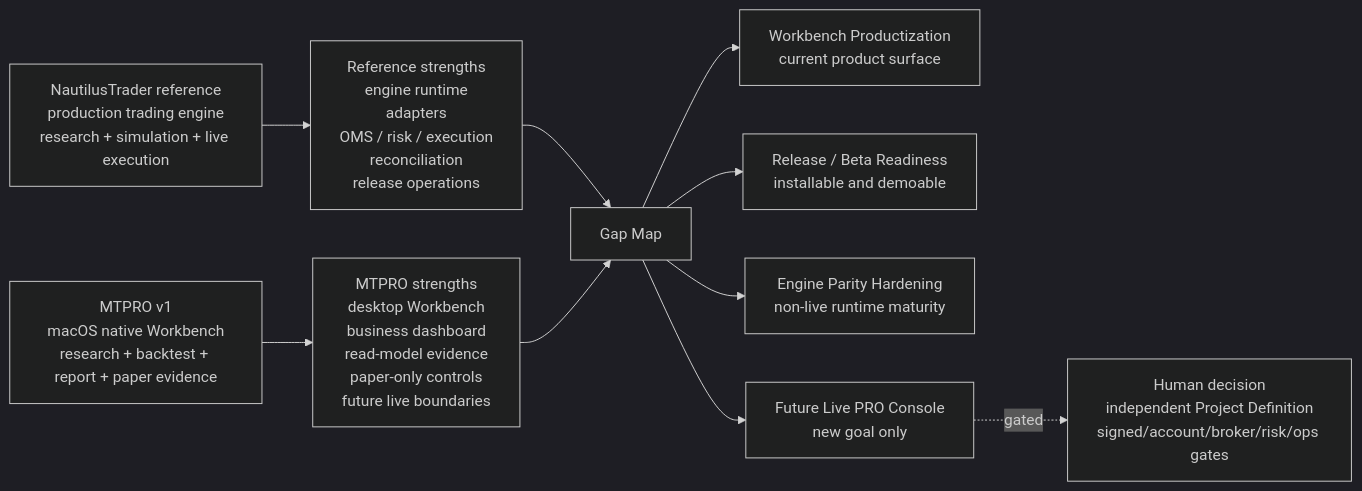
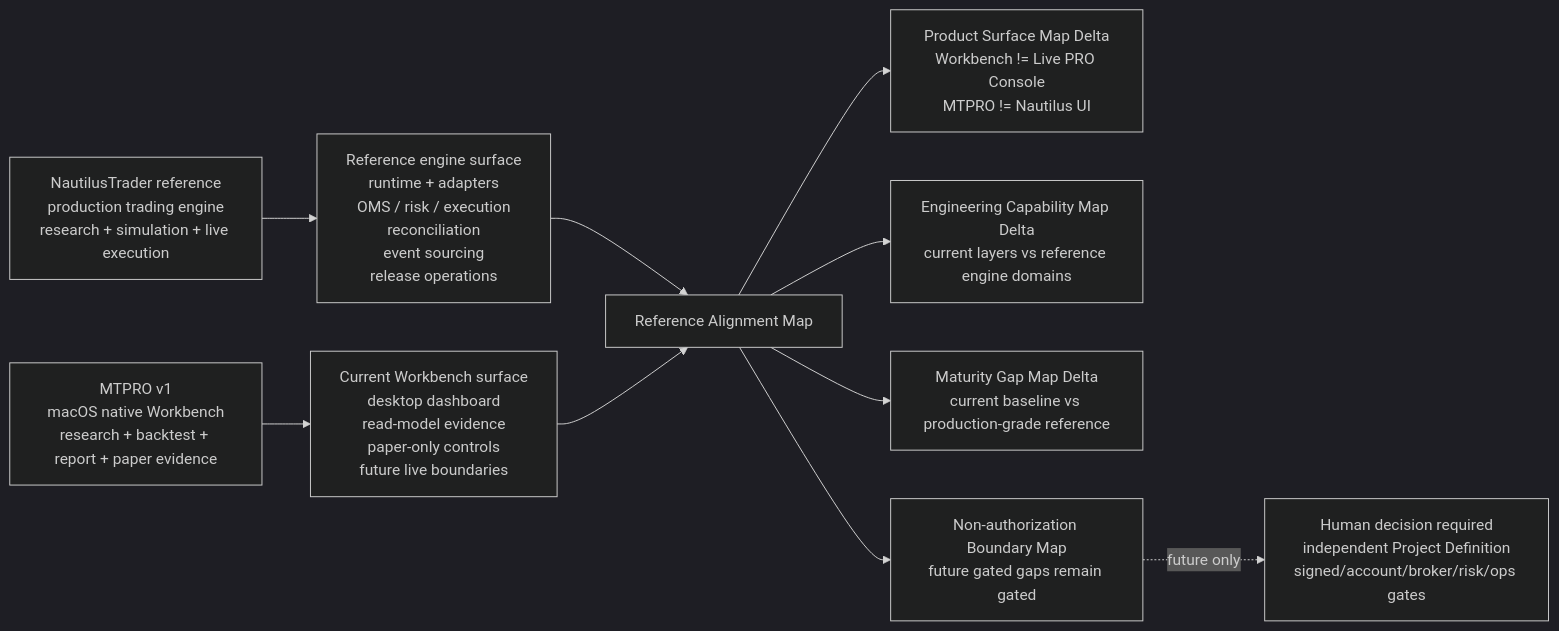
One commit to atxinbao/MTPRO changed the first of 3 diagrams in docs/product/mtpro-reference-alignment-gap-map-v1.md. Above: the diagram before and after it, drawn with Mermaid (dark theme). The commit also changed other lines of this file and 4 other files, not shown here.

Commit message:
Refine reference gap map as map delta

````diff
--- a/docs/product/mtpro-reference-alignment-gap-map-v1.md
+++ b/docs/product/mtpro-reference-alignment-gap-map-v1.md
@@ -71,18 +73,18 @@
 ```mermaid
 flowchart LR
     NT["NautilusTrader reference<br/>production trading engine<br/>research + simulation + live execution"]
     MT["MTPRO v1<br/>macOS native Workbench<br/>research + backtest + report + paper evidence"]
 
-    NT --> NG["Reference strengths<br/>engine runtime<br/>adapters<br/>OMS / risk / execution<br/>reconciliation<br/>release operations"]
-    MT --> MG["MTPRO strengths<br/>desktop Workbench<br/>business dashboard<br/>read-model evidence<br/>paper-only controls<br/>future live boundaries"]
+    NT --> NE["Reference engine surface<br/>runtime + adapters<br/>OMS / risk / execution<br/>reconciliation<br/>event sourcing<br/>release operations"]
+    MT --> MW["Current Workbench surface<br/>desktop dashboard<br/>read-model evidence<br/>paper-only controls<br/>future live boundaries"]
 
-    NG --> GM["Gap Map"]
-    MG --> GM
+    NE --> GM["Reference Alignment Map"]
+    MW --> GM
 
-    GM --> WP["Workbench Productization<br/>current product surface"]
-    GM --> RR["Release / Beta Readiness<br/>installable and demoable"]
-    GM --> EH["Engine Parity Hardening<br/>non-live runtime maturity"]
-    GM --> FL["Future Live PRO Console<br/>new goal only"]
+    GM --> PSM["Product Surface Map Delta<br/>Workbench != Live PRO Console<br/>MTPRO != Nautilus UI"]
+    GM --> ECM["Engineering Capability Map Delta<br/>current layers vs reference engine domains"]
+    GM --> MGM["Maturity Gap Map Delta<br/>current baseline vs production-grade reference"]
+    GM --> NAB["Non-authorization Boundary Map<br/>future gated gaps remain gated"]
 
-    FL -. gated .-> HG["Human decision<br/>independent Project Definition<br/>signed/account/broker/risk/ops gates"]
+    NAB -. future only .-> HG["Human decision required<br/>independent Project Definition<br/>signed/account/broker/risk/ops gates"]
 ```
````
